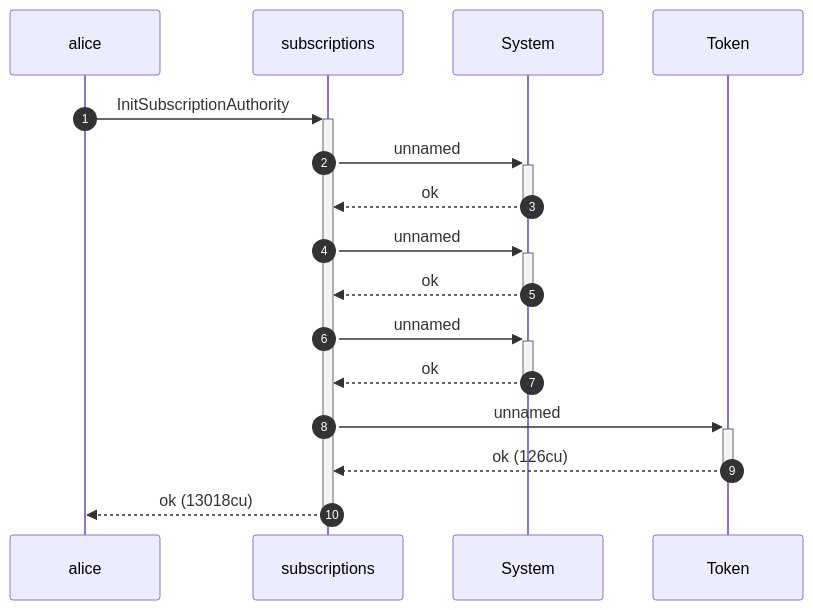
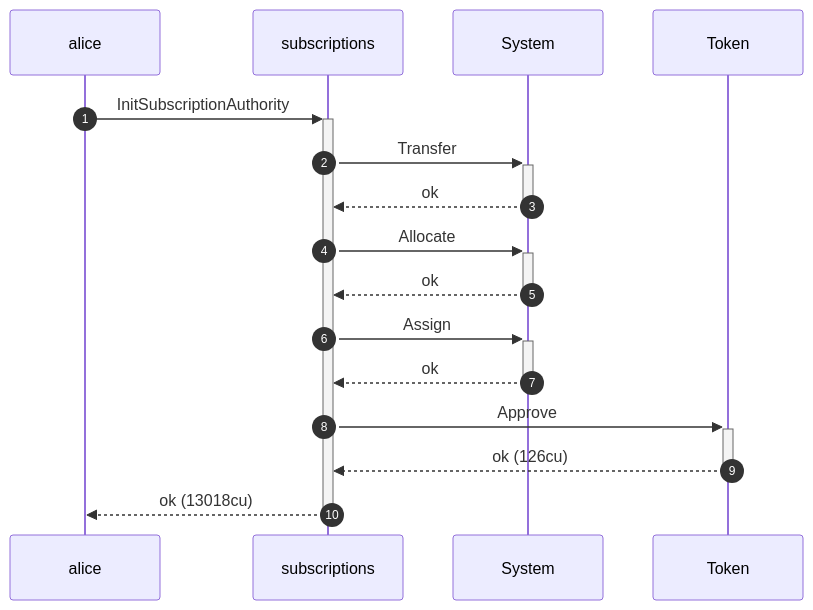
One commit to cds-rs/subscriptions changed the second of 4 diagrams in dsl_tests/survive-a-pre-funded-pda.md. Above: the diagram before and after it, drawn with Mermaid. The commit also changed other lines of this file and 219 other files, not shown here.

````diff
--- a/dsl_tests/survive-a-pre-funded-pda.md
+++ b/dsl_tests/survive-a-pre-funded-pda.md
@@ -42,18 +42,18 @@
 ```mermaid
 sequenceDiagram
     autonumber
     participant alice
     participant subscriptions
     participant System
     participant Token
     alice ->>+ subscriptions: InitSubscriptionAuthority
-    subscriptions ->>+ System: unnamed
+    subscriptions ->>+ System: Transfer
     System -->>- subscriptions: ok
-    subscriptions ->>+ System: unnamed
+    subscriptions ->>+ System: Allocate
     System -->>- subscriptions: ok
-    subscriptions ->>+ System: unnamed
+    subscriptions ->>+ System: Assign
     System -->>- subscriptions: ok
-    subscriptions ->>+ Token: unnamed
+    subscriptions ->>+ Token: Approve
     Token -->>- subscriptions: ok (126cu)
     subscriptions -->>- alice: ok (13018cu)
 ```
````
